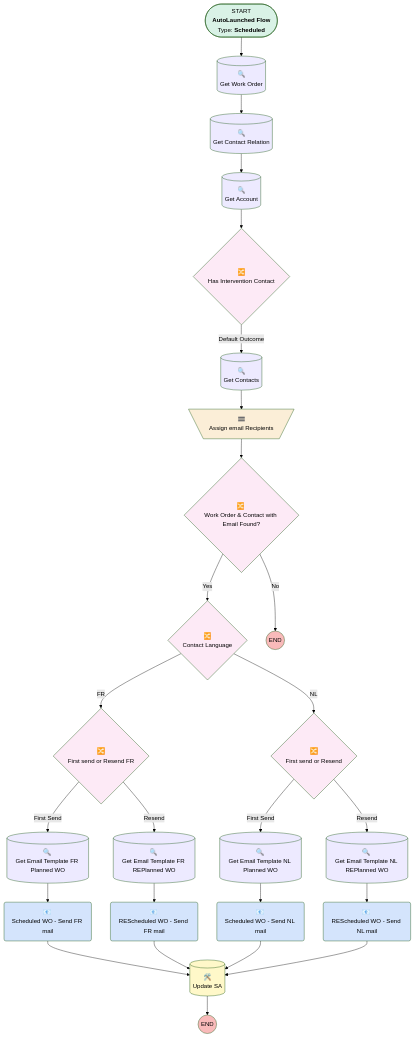
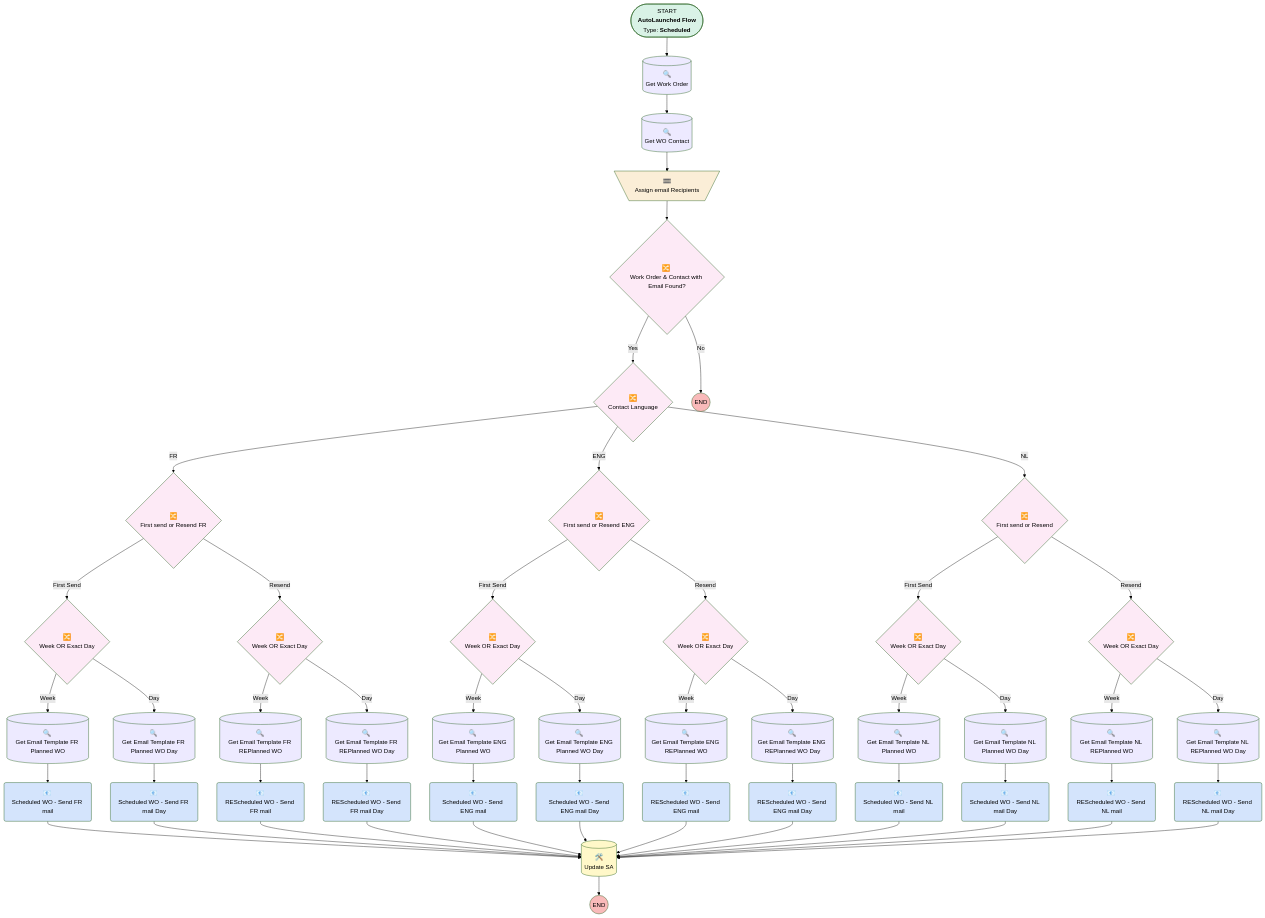
The diagram in docs/flows/Service_Appointment_Scheduled_Customer_Notification.md (fpardon-upeo/krinkels-monitoring), drawn with Mermaid (forest theme) before and after one commit. The commit also changed other lines of this file and 225 other files, not shown here.

```diff
--- a/docs/flows/Service_Appointment_Scheduled_Customer_Notification.md
+++ b/docs/flows/Service_Appointment_Scheduled_Customer_Notification.md
@@ -11,87 +11,175 @@
 
 flowchart TB
 START(["START<br/><b>AutoLaunched Flow</b></br>Type: <b> Scheduled</b>"]):::startClass
-click START "#general-information" "1355914100"
+click START "#general-information" "1013521487"
+
+REScheduled_WO_Send_ENG_mail("📧 <em></em><br/>REScheduled WO - Send ENG mail"):::actionCalls
+click REScheduled_WO_Send_ENG_mail "#rescheduled_wo_send_eng_mail" "1563395032"
+
+REScheduled_WO_Send_ENG_mail_Day("📧 <em></em><br/>REScheduled WO - Send ENG mail Day"):::actionCalls
+click REScheduled_WO_Send_ENG_mail_Day "#rescheduled_wo_send_eng_mail_day" "808690215"
 
 REScheduled_WO_Send_FR_mail("📧 <em></em><br/>REScheduled WO - Send FR mail"):::actionCalls
-click REScheduled_WO_Send_FR_mail "#rescheduled_wo_send_fr_mail" "1298286610"
+click REScheduled_WO_Send_FR_mail "#rescheduled_wo_send_fr_mail" "4287079472"
+
+REScheduled_WO_Send_FR_mail_Day("📧 <em></em><br/>REScheduled WO - Send FR mail Day"):::actionCalls
+click REScheduled_WO_Send_FR_mail_Day "#rescheduled_wo_send_fr_mail_day" "255685198"
 
 REScheduled_WO_Send_NL_mail("📧 <em></em><br/>REScheduled WO - Send NL mail"):::actionCalls
-click REScheduled_WO_Send_NL_mail "#rescheduled_wo_send_nl_mail" "3265677256"
+click REScheduled_WO_Send_NL_mail "#rescheduled_wo_send_nl_mail" "1573337660"
+
+REScheduled_WO_Send_NL_mail_Day("📧 <em></em><br/>REScheduled WO - Send NL mail Day"):::actionCalls
+click REScheduled_WO_Send_NL_mail_Day "#rescheduled_wo_send_nl_mail_day" "272357784"
+
+Scheduled_WO_Send_ENG_mail("📧 <em></em><br/>Scheduled WO - Send ENG mail"):::actionCalls
+click Scheduled_WO_Send_ENG_mail "#scheduled_wo_send_eng_mail" "3536185047"
+
+Scheduled_WO_Send_ENG_mail_Day("📧 <em></em><br/>Scheduled WO - Send ENG mail Day"):::actionCalls
+click Scheduled_WO_Send_ENG_mail_Day "#scheduled_wo_send_eng_mail_day" "3169031084"
 
 Scheduled_WO_Send_FR_mail("📧 <em></em><br/>Scheduled WO - Send FR mail"):::actionCalls
-click Scheduled_WO_Send_FR_mail "#scheduled_wo_send_fr_mail" "3198771491"
+click Scheduled_WO_Send_FR_mail "#scheduled_wo_send_fr_mail" "3873809746"
+
+Scheduled_WO_Send_FR_mail_Day("📧 <em></em><br/>Scheduled WO - Send FR mail Day"):::actionCalls
+click Scheduled_WO_Send_FR_mail_Day "#scheduled_wo_send_fr_mail_day" "1542042991"
 
 Scheduled_WO_Send_NL_mail("📧 <em></em><br/>Scheduled WO - Send NL mail"):::actionCalls
-click Scheduled_WO_Send_NL_mail "#scheduled_wo_send_nl_mail" "4240238333"
+click Scheduled_WO_Send_NL_mail "#scheduled_wo_send_nl_mail" "1697756540"
+
+Scheduled_WO_Send_NL_mail_Day("📧 <em></em><br/>Scheduled WO - Send NL mail Day"):::actionCalls
+click Scheduled_WO_Send_NL_mail_Day "#scheduled_wo_send_nl_mail_day" "4068910866"
 
 Assign_email_Recipients[\"🟰 <em></em><br/>Assign email Recipients"/]:::assignments
-click Assign_email_Recipients "#assign_email_recipients" "1045214625"
+click Assign_email_Recipients "#assign_email_recipients" "2562774588"
 
 Contact_Language{"🔀 <em></em><br/>Contact Language"}:::decisions
-click Contact_Language "#contact_language" "2899482565"
+click Contact_Language "#contact_language" "2831191991"
 
 First_send_or_Resend{"🔀 <em></em><br/>First send or Resend"}:::decisions
-click First_send_or_Resend "#first_send_or_resend" "3045810356"
+click First_send_or_Resend "#first_send_or_resend" "99629469"
+
+First_send_or_Resend_ENG{"🔀 <em></em><br/>First send or Resend ENG"}:::decisions
+click First_send_or_Resend_ENG "#first_send_or_resend_eng" "1733880066"
 
 First_send_or_Resend_FR{"🔀 <em></em><br/>First send or Resend FR"}:::decisions
-click First_send_or_Resend_FR "#first_send_or_resend_fr" "3510732964"
+click First_send_or_Resend_FR "#first_send_or_resend_fr" "3516670661"
 
-Has_Intervention_Contact{"🔀 <em></em><br/>Has Intervention Contact"}:::decisions
-click Has_Intervention_Contact "#has_intervention_contact" "1771061234"
+Week_OR_Exact_Day{"🔀 <em></em><br/>Week OR Exact Day"}:::decisions
+click Week_OR_Exact_Day "#week_or_exact_day" "3717360262"
+
+Week_OR_Exact_Day2{"🔀 <em></em><br/>Week OR Exact Day"}:::decisions
+click Week_OR_Exact_Day2 "#week_or_exact_day2" "3895424016"
+
+Week_OR_Exact_Day3{"🔀 <em></em><br/>Week OR Exact Day"}:::decisions
+click Week_OR_Exact_Day3 "#week_or_exact_day3" "1502737021"
+
+Week_OR_Exact_Day4{"🔀 <em></em><br/>Week OR Exact Day"}:::decisions
+click Week_OR_Exact_Day4 "#week_or_exact_day4" "3599736634"
+
+Week_OR_Exact_Day5{"🔀 <em></em><br/>Week OR Exact Day"}:::decisions
+click Week_OR_Exact_Day5 "#week_or_exact_day5" "767506239"
+
+Week_OR_Exact_Day6{"🔀 <em></em><br/>Week OR Exact Day"}:::decisions
+click Week_OR_Exact_Day6 "#week_or_exact_day6" "3028823591"
 
 Work_Order_Contact_with_Email_Found{"🔀 <em></em><br/>Work Order & Contact with Email Found?"}:::decisions
-click Work_Order_Contact_with_Email_Found "#work_order_contact_with_email_found" "2100079716"
+click Work_Order_Contact_with_Email_Found "#work_order_contact_with_email_found" "3937827058"
 
-Get_Account[("🔍 <em></em><br/>Get Account")]:::recordLookups
-click Get_Account "#get_account" "394167497"
+Get_Email_Template_ENG_Planned_WO[("🔍 <em></em><br/>Get Email Template ENG Planned WO")]:::recordLookups
+click Get_Email_Template_ENG_Planned_WO "#get_email_template_eng_planned_wo" "2513349678"
 
-Get_Contact_Relation[("🔍 <em></em><br/>Get Contact Relation")]:::recordLookups
-click Get_Contact_Relation "#get_contact_relation" "2428644280"
+Get_Email_Template_ENG_Planned_WO_Day[("🔍 <em></em><br/>Get Email Template ENG Planned WO Day")]:::recordLookups
+click Get_Email_Template_ENG_Planned_WO_Day "#get_email_template_eng_planned_wo_day" "758035772"
 
-Get_Contacts[("🔍 <em></em><br/>Get Contacts")]:::recordLookups
-click Get_Contacts "#get_contacts" "1157115469"
+Get_Email_Template_ENG_REPlanned_WO[("🔍 <em></em><br/>Get Email Template ENG REPlanned WO")]:::recordLookups
+click Get_Email_Template_ENG_REPlanned_WO "#get_email_template_eng_replanned_wo" "3189420705"
+
+Get_Email_Template_ENG_REPlanned_WO_Day[("🔍 <em></em><br/>Get Email Template ENG REPlanned WO Day")]:::recordLookups
+click Get_Email_Template_ENG_REPlanned_WO_Day "#get_email_template_eng_replanned_wo_day" "3255117414"
 
 Get_Email_Template_FR_Planned_WO[("🔍 <em></em><br/>Get Email Template FR Planned WO")]:::recordLookups
 click Get_Email_Template_FR_Planned_WO "#get_email_template_fr_planned_wo" "2811645755"
 
+Get_Email_Template_FR_Planned_WO_Day[("🔍 <em></em><br/>Get Email Template FR Planned WO Day")]:::recordLookups
+click Get_Email_Template_FR_Planned_WO_Day "#get_email_template_fr_planned_wo_day" "572459346"
+
 Get_Email_Template_FR_REPlanned_WO[("🔍 <em></em><br/>Get Email Template FR REPlanned WO")]:::recordLookups
 click Get_Email_Template_FR_REPlanned_WO "#get_email_template_fr_replanned_wo" "1431363291"
+
+Get_Email_Template_FR_REPlanned_WO_Day[("🔍 <em></em><br/>Get Email Template FR REPlanned WO Day")]:::recordLookups
+click Get_Email_Template_FR_REPlanned_WO_Day "#get_email_template_fr_replanned_wo_day" "1099289124"
 
 Get_Email_Template_NL_Planned_WO[("🔍 <em></em><br/>Get Email Template NL Planned WO")]:::recordLookups
 click Get_Email_Template_NL_Planned_WO "#get_email_template_nl_planned_wo" "1854158430"
 
+Get_Email_Template_NL_Planned_WO_Day[("🔍 <em></em><br/>Get Email Template NL Planned WO Day")]:::recordLookups
+click Get_Email_Template_NL_Planned_WO_Day "#get_email_template_nl_planned_wo_day" "2012126435"
+
 Get_Email_Template_NL_REPlanned_WO[("🔍 <em></em><br/>Get Email Template NL REPlanned WO")]:::recordLookups
 click Get_Email_Template_NL_REPlanned_WO "#get_email_template_nl_replanned_wo" "992326223"
 
+Get_Email_Template_NL_REPlanned_WO_Day[("🔍 <em></em><br/>Get Email Template NL REPlanned WO Day")]:::recordLookups
+click Get_Email_Template_NL_REPlanned_WO_Day "#get_email_template_nl_replanned_wo_day" "4076393078"
+
+Get_WO_Contact[("🔍 <em></em><br/>Get WO Contact")]:::recordLookups
+click Get_WO_Contact "#get_wo_contact" "3176914413"
+
 Get_work_Order[("🔍 <em></em><br/>Get Work Order")]:::recordLookups
-click Get_work_Order "#get_work_order" "4186512945"
+click Get_work_Order "#get_work_order" "1055462644"
 
 Update_SA[("🛠️ <em></em><br/>Update SA")]:::recordUpdates
 click Update_SA "#update_sa" "310899656"
 
+REScheduled_WO_Send_ENG_mail --> Update_SA
+REScheduled_WO_Send_ENG_mail_Day --> Update_SA
 REScheduled_WO_Send_FR_mail --> Update_SA
+REScheduled_WO_Send_FR_mail_Day --> Update_SA
 REScheduled_WO_Send_NL_mail --> Update_SA
+REScheduled_WO_Send_NL_mail_Day --> Update_SA
+Scheduled_WO_Send_ENG_mail --> Update_SA
+Scheduled_WO_Send_ENG_mail_Day --> Update_SA
 Scheduled_WO_Send_FR_mail --> Update_SA
+Scheduled_WO_Send_FR_mail_Day --> Update_SA
 Scheduled_WO_Send_NL_mail --> Update_SA
+Scheduled_WO_Send_NL_mail_Day --> Update_SA
 Assign_email_Recipients --> Work_Order_Contact_with_Email_Found
 Contact_Language --> |"FR"| First_send_or_Resend_FR
+Contact_Language --> |"ENG"| First_send_or_Resend_ENG
 Contact_Language --> |"NL"| First_send_or_Resend
-First_send_or_Resend --> |"First Send"| Get_Email_Template_NL_Planned_WO
-First_send_or_Resend --> |"Resend"| Get_Email_Template_NL_REPlanned_WO
-First_send_or_Resend_FR --> |"First Send"| Get_Email_Template_FR_Planned_WO
-First_send_or_Resend_FR --> |"Resend"| Get_Email_Template_FR_REPlanned_WO
-Has_Intervention_Contact --> |"Default Outcome"| Get_Contacts
+First_send_or_Resend --> |"First Send"| Week_OR_Exact_Day5
+First_send_or_Resend --> |"Resend"| Week_OR_Exact_Day6
+First_send_or_Resend_ENG --> |"First Send"| Week_OR_Exact_Day3
+First_send_or_Resend_ENG --> |"Resend"| Week_OR_Exact_Day4
+First_send_or_Resend_FR --> |"First Send"| Week_OR_Exact_Day
+First_send_or_Resend_FR --> |"Resend"| Week_OR_Exact_Day2
+Week_OR_Exact_Day --> |"Week"| Get_Email_Template_FR_Planned_WO
+Week_OR_Exact_Day --> |"Day"| Get_Email_Template_FR_Planned_WO_Day
+Week_OR_Exact_Day2 --> |"Week"| Get_Email_Template_FR_REPlanned_WO
+Week_OR_Exact_Day2 --> |"Day"| Get_Email_Template_FR_REPlanned_WO_Day
+Week_OR_Exact_Day3 --> |"Week"| Get_Email_Template_ENG_Planned_WO
+Week_OR_Exact_Day3 --> |"Day"| Get_Email_Template_ENG_Planned_WO_Day
+Week_OR_Exact_Day4 --> |"Week"| Get_Email_Template_ENG_REPlanned_WO
+Week_OR_Exact_Day4 --> |"Day"| Get_Email_Template_ENG_REPlanned_WO_Day
+Week_OR_Exact_Day5 --> |"Week"| Get_Email_Template_NL_Planned_WO
+Week_OR_Exact_Day5 --> |"Day"| Get_Email_Template_NL_Planned_WO_Day
+Week_OR_Exact_Day6 --> |"Week"| Get_Email_Template_NL_REPlanned_WO
+Week_OR_Exact_Day6 --> |"Day"| Get_Email_Template_NL_REPlanned_WO_Day
 Work_Order_Contact_with_Email_Found --> |"Yes"| Contact_Language
 Work_Order_Contact_with_Email_Found --> |"No"| END_Work_Order_Contact_with_Email_Found
-Get_Account --> Has_Intervention_Contact
-Get_Contact_Relation --> Get_Account
-Get_Contacts --> Assign_email_Recipients
+Get_Email_Template_ENG_Planned_WO --> Scheduled_WO_Send_ENG_mail
+Get_Email_Template_ENG_Planned_WO_Day --> Scheduled_WO_Send_ENG_mail_Day
+Get_Email_Template_ENG_REPlanned_WO --> REScheduled_WO_Send_ENG_mail
+Get_Email_Template_ENG_REPlanned_WO_Day --> REScheduled_WO_Send_ENG_mail_Day
 Get_Email_Template_FR_Planned_WO --> Scheduled_WO_Send_FR_mail
+Get_Email_Template_FR_Planned_WO_Day --> Scheduled_WO_Send_FR_mail_Day
 Get_Email_Template_FR_REPlanned_WO --> REScheduled_WO_Send_FR_mail
+Get_Email_Template_FR_REPlanned_WO_Day --> REScheduled_WO_Send_FR_mail_Day
 Get_Email_Template_NL_Planned_WO --> Scheduled_WO_Send_NL_mail
+Get_Email_Template_NL_Planned_WO_Day --> Scheduled_WO_Send_NL_mail_Day
 Get_Email_Template_NL_REPlanned_WO --> REScheduled_WO_Send_NL_mail
-Get_work_Order --> Get_Contact_Relation
+Get_Email_Template_NL_REPlanned_WO_Day --> REScheduled_WO_Send_NL_mail_Day
+Get_WO_Contact --> Assign_email_Recipients
+Get_work_Order --> Get_WO_Contact
 Update_SA --> END_Update_SA
 START -->  Get_work_Order
 END_Work_Order_Contact_with_Email_Found(( END )):::endClass
```
